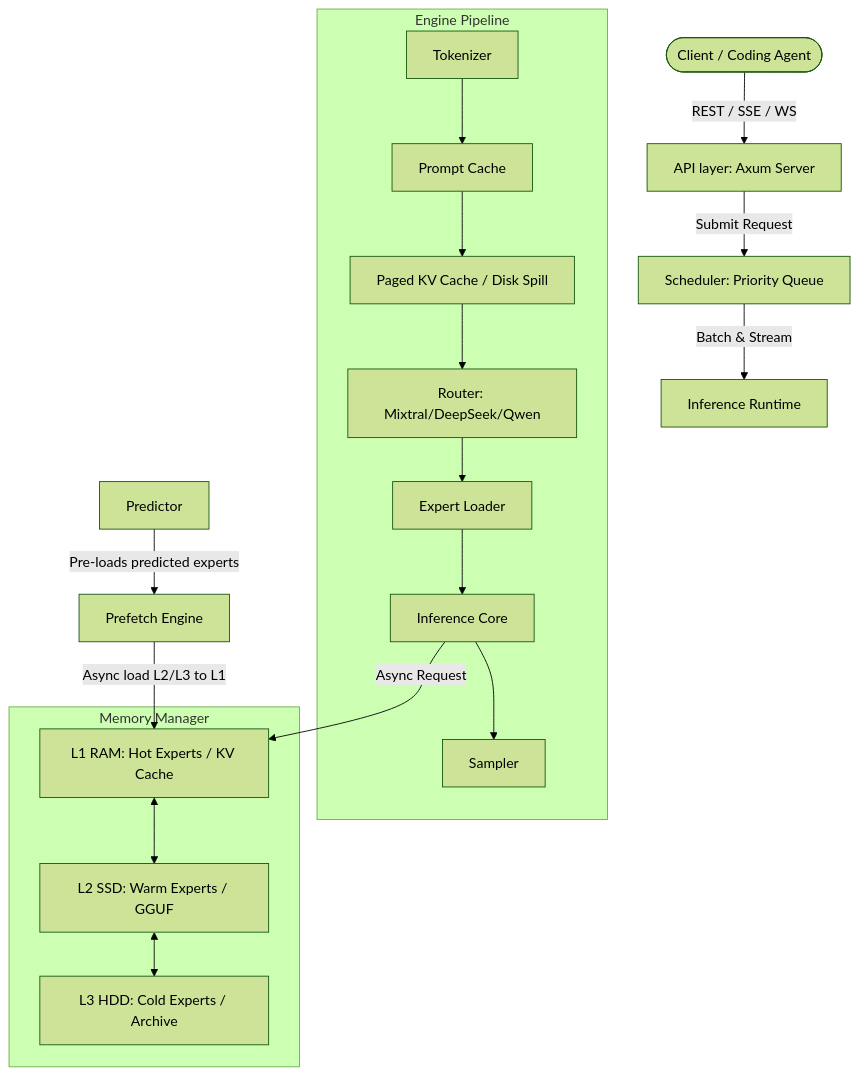
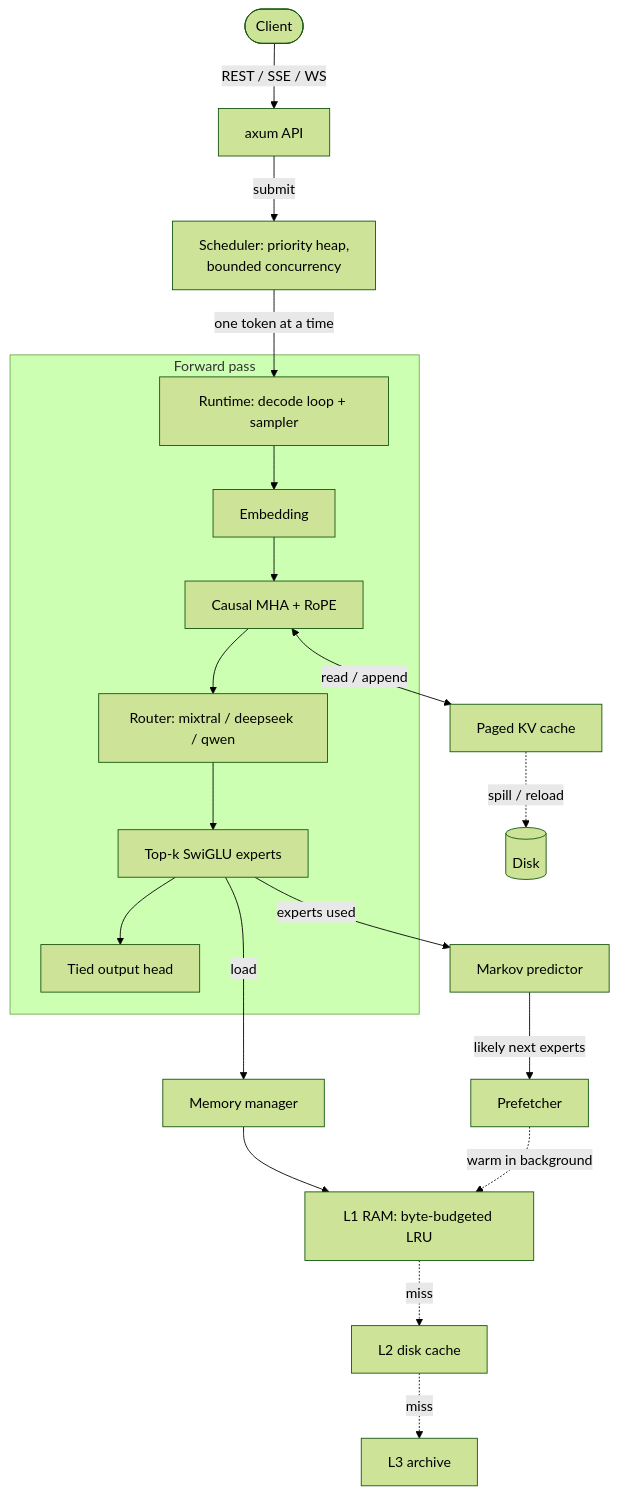
Before and after one commit to hanumanit/garuda: the diagram in README.md, drawn with Mermaid (forest theme). The commit also changed other lines of this file and 31 other files, not shown here.

````diff
--- a/README.md
+++ b/README.md
@@ -11,24 +42,26 @@
 ```mermaid
 graph TD
-    User([Client / Coding Agent]) -->|REST / SSE / WS| API[API layer: Axum Server]
-    API -->|Submit Request| Sched[Scheduler: Priority Queue]
-    Sched -->|Batch & Stream| Engine[Inference Runtime]
-    
-    subgraph Engine Pipeline
-        Tokenizer[Tokenizer] --> PromptCache[Prompt Cache]
-        PromptCache --> KVCache[Paged KV Cache / Disk Spill]
-        KVCache --> Router[Router: Mixtral/DeepSeek/Qwen]
-        Router --> ExpertLoader[Expert Loader]
-        ExpertLoader --> Inference[Inference Core]
-        Inference --> Sampler[Sampler]
+    Client([Client]) -->|REST / SSE / WS| API[axum API]
+    API -->|submit| Sched[Scheduler: priority heap,<br/>bounded concurrency]
+    Sched -->|one token at a time| RT[Runtime: decode loop + sampler]
+
+    subgraph Forward pass
+        RT --> Embed[Embedding]
+        Embed --> Attn[Causal MHA + RoPE]
+        Attn --> Router[Router: mixtral / deepseek / qwen]
+        Router --> Experts[Top-k SwiGLU experts]
+        Experts --> Logits[Tied output head]
     end
-    
-    subgraph Memory Manager
-        L1[L1 RAM: Hot Experts / KV Cache] <--> L2[L2 SSD: Warm Experts / GGUF]
-        L2 <--> L3[L3 HDD: Cold Experts / Archive]
-    end
-    
-    Inference -->|Async Request| L1
-    Predictor[Predictor] -->|Pre-loads predicted experts| Prefetch[Prefetch Engine]
-    Prefetch -->|Async load L2/L3 to L1| L1
+
+    Attn <-->|read / append| KV[Paged KV cache]
+    KV -.->|spill / reload| Disk[(Disk)]
+
+    Experts -->|load| MM[Memory manager]
+    MM --> L1[L1 RAM: byte-budgeted LRU]
+    L1 -.->|miss| L2[L2 disk cache]
+    L2 -.->|miss| L3[L3 archive]
+
+    Experts -->|experts used| Pred[Markov predictor]
+    Pred -->|likely next experts| Pre[Prefetcher]
+    Pre -.->|warm in background| L1
 ```
````
